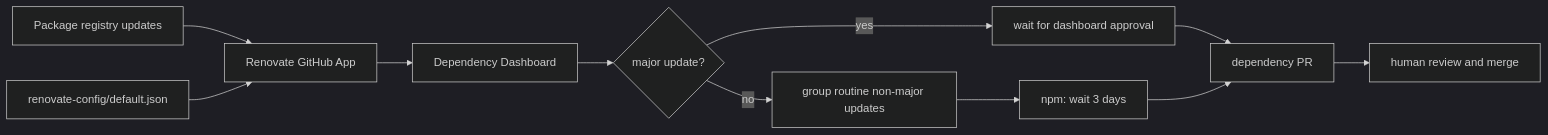
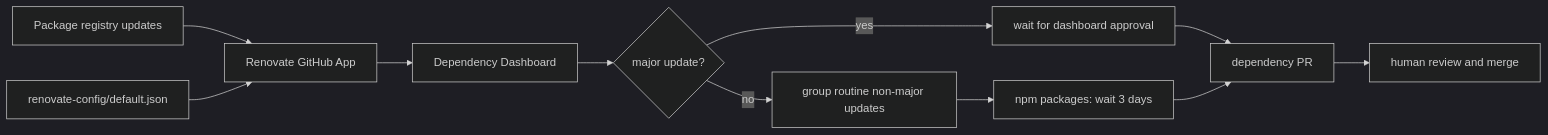
One commit to kaizen-agents-org/renovate-config changed the diagram in README.md. Above: the diagram before and after it, drawn with Mermaid (dark theme). The commit also changed other lines of this file, not shown here.

Commit message:
docs: address README review feedback

````diff
--- a/README.md
+++ b/README.md
@@ -9,12 +9,12 @@
 ```mermaid
 flowchart LR
     Registry["Package registry updates"] --> Renovate["Renovate GitHub App"]
     Preset["renovate-config/default.json"] --> Renovate
     Renovate --> Dashboard["Dependency Dashboard"]
     Dashboard --> Major{"major update?"}
     Major -->|yes| Approval["wait for dashboard approval"]
     Major -->|no| Group["group routine non-major updates"]
     Approval --> PR["dependency PR"]
-    Group --> Delay["npm: wait 3 days"] --> PR
+    Group --> Delay["npm packages: wait 3 days"] --> PR
     PR --> Human["human review and merge"]
 ```
````
